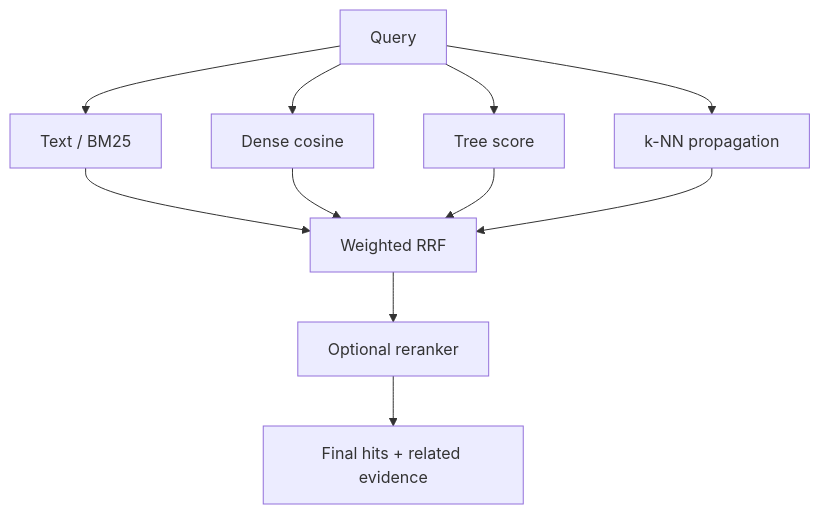
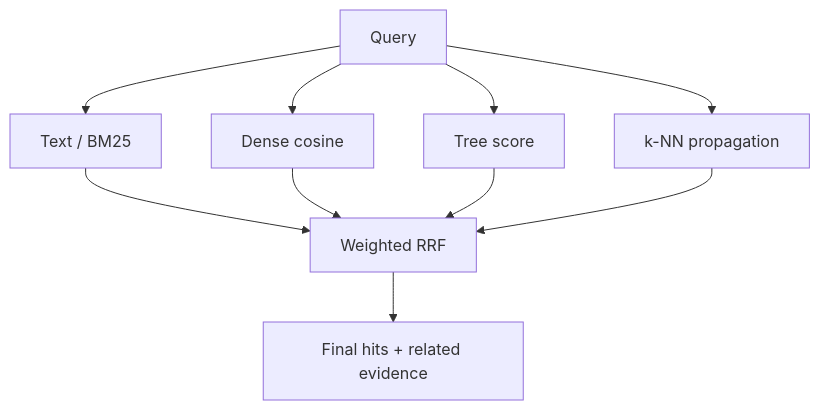
The second of 2 diagrams in docs/ARCHITECTURE_KO.md (wooxogh/llm-wiki-toolkit), drawn with Mermaid before and after one commit. The commit also changed other lines of this file and 16 other files, not shown here.

````diff
--- a/docs/ARCHITECTURE_KO.md
+++ b/docs/ARCHITECTURE_KO.md
@@ -559,13 +560,12 @@
 ```mermaid
 flowchart TD
     Q[Query] --> T[Text / BM25]
     Q --> D[Dense cosine]
     Q --> R[Tree score]
     Q --> K[k-NN propagation]
     T --> F[Weighted RRF]
     D --> F
     R --> F
     K --> F
-    F --> X[Optional reranker]
-    X --> O[Final hits + related evidence]
+    F --> O[Final hits + related evidence]
 ```
````
